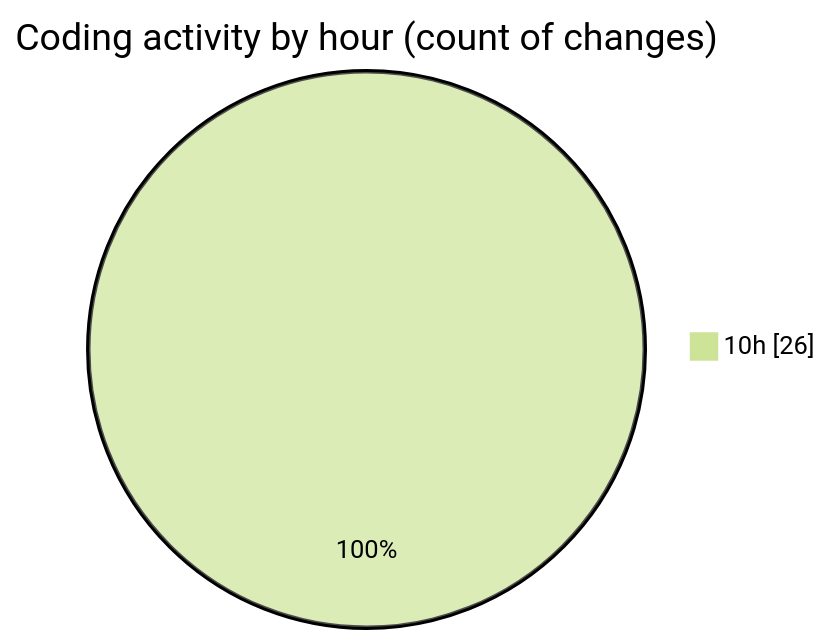
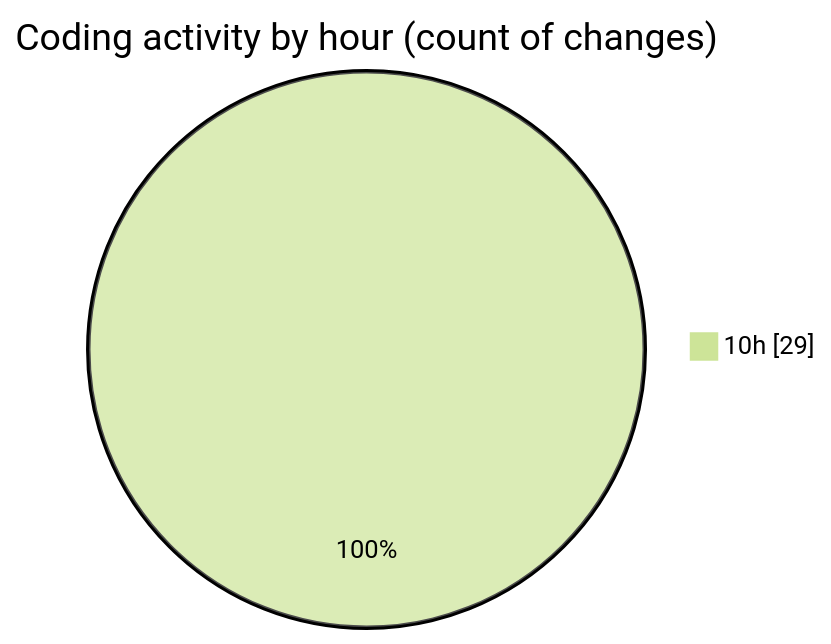
Before and after one commit to nxtqubesakshisongat/code-tracking: the second of 2 diagrams in 2025-08-04/nxtqube_webapp/README.md, drawn with Mermaid (forest theme). The commit also changed other lines of this file and 1 other file, not shown here.

````diff
--- a/2025-08-04/nxtqube_webapp/README.md
+++ b/2025-08-04/nxtqube_webapp/README.md
@@ -31,5 +31,5 @@
 ```mermaid
 pie showData
 title Coding activity by hour (count of changes)
-"10h" : 26
+"10h" : 29
 ```
````
